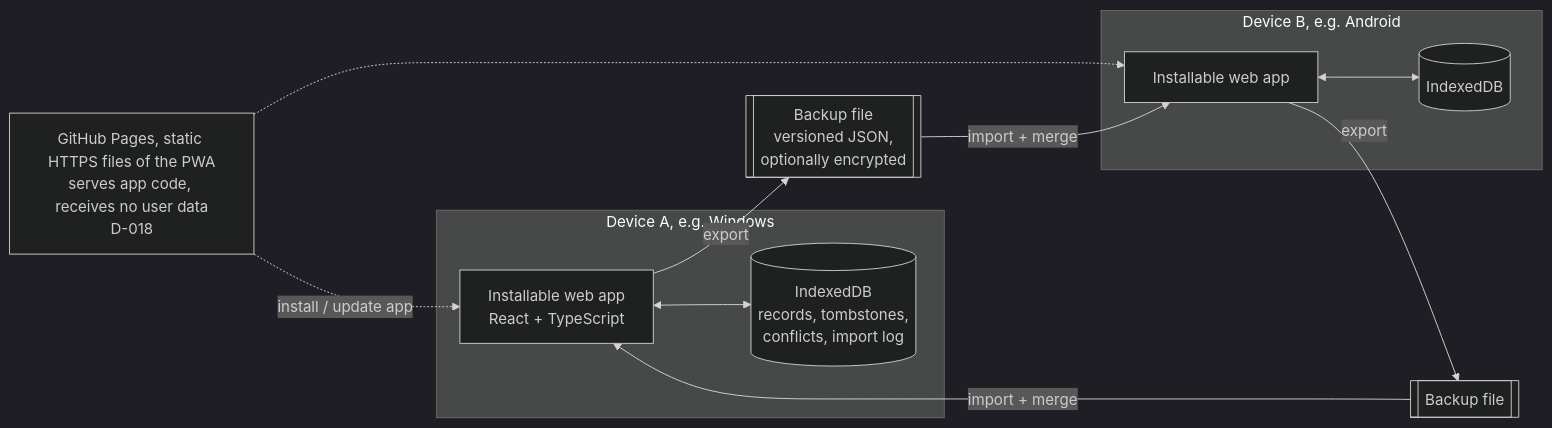
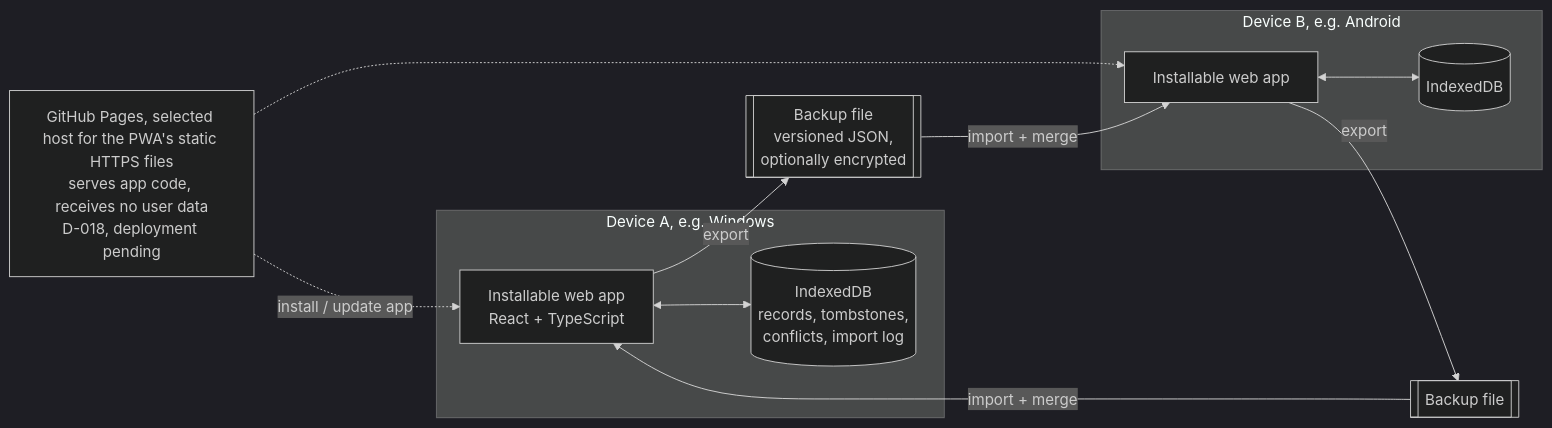
Before and after one commit to moeintorabi90/personal-productivity-system: the first of 2 diagrams in docs/ARCHITECTURE.md, drawn with Mermaid (dark theme). The commit also changed other lines of this file and 4 other files, not shown here.

First line of the commit message:
docs: mark GitHub Pages deployment as pending

````diff
--- a/docs/ARCHITECTURE.md
+++ b/docs/ARCHITECTURE.md
@@ -9,19 +9,19 @@
 ```mermaid
 flowchart LR
   subgraph DeviceA[Device A, e.g. Windows]
     WebA[Installable web app<br/>React + TypeScript]
     LocalA[(IndexedDB<br/>records, tombstones,<br/>conflicts, import log)]
     WebA <--> LocalA
   end
   subgraph DeviceB[Device B, e.g. Android]
     WebB[Installable web app]
     LocalB[(IndexedDB)]
     WebB <--> LocalB
   end
   WebA -->|export| File[[Backup file<br/>versioned JSON,<br/>optionally encrypted]]
   File -->|import + merge| WebB
   WebB -->|export| File2[[Backup file]]
   File2 -->|import + merge| WebA
-  Host[GitHub Pages, static HTTPS files of the PWA<br/>serves app code, receives no user data<br/>D-018] -.->|install / update app| WebA
+  Host[GitHub Pages, selected host for the PWA's static HTTPS files<br/>serves app code, receives no user data<br/>D-018, deployment pending] -.->|install / update app| WebA
   Host -.-> WebB
 ```
````
